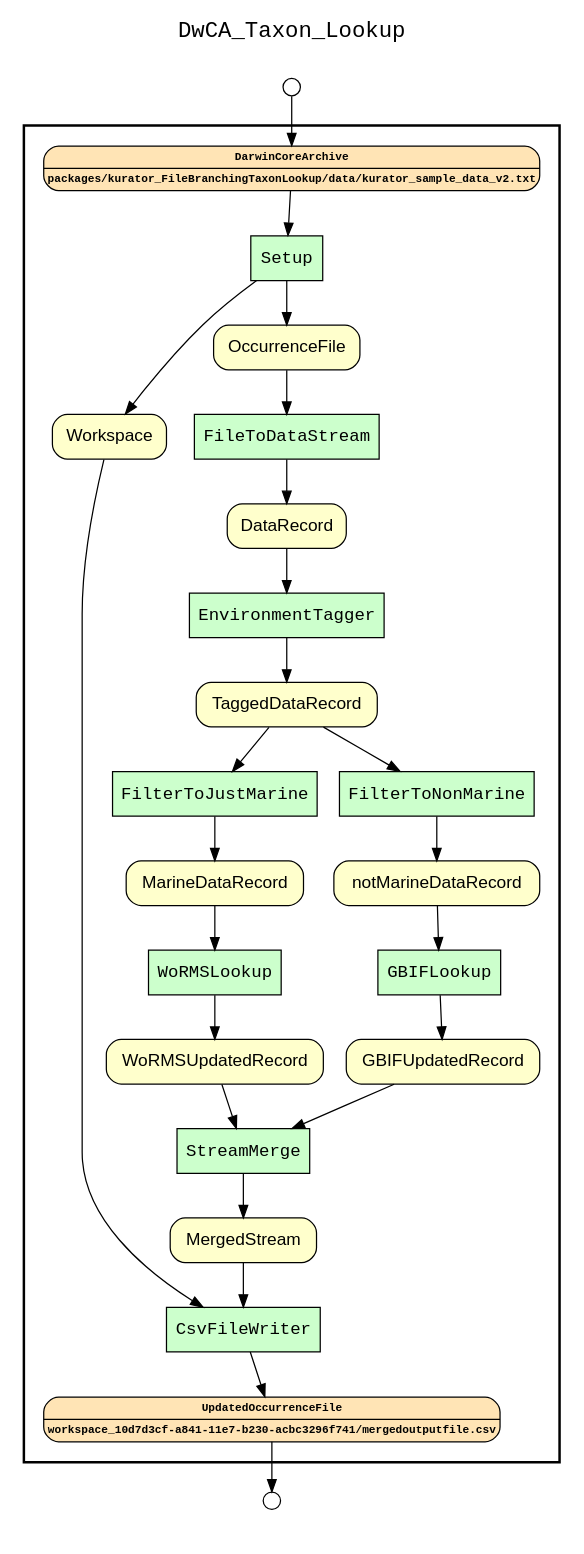
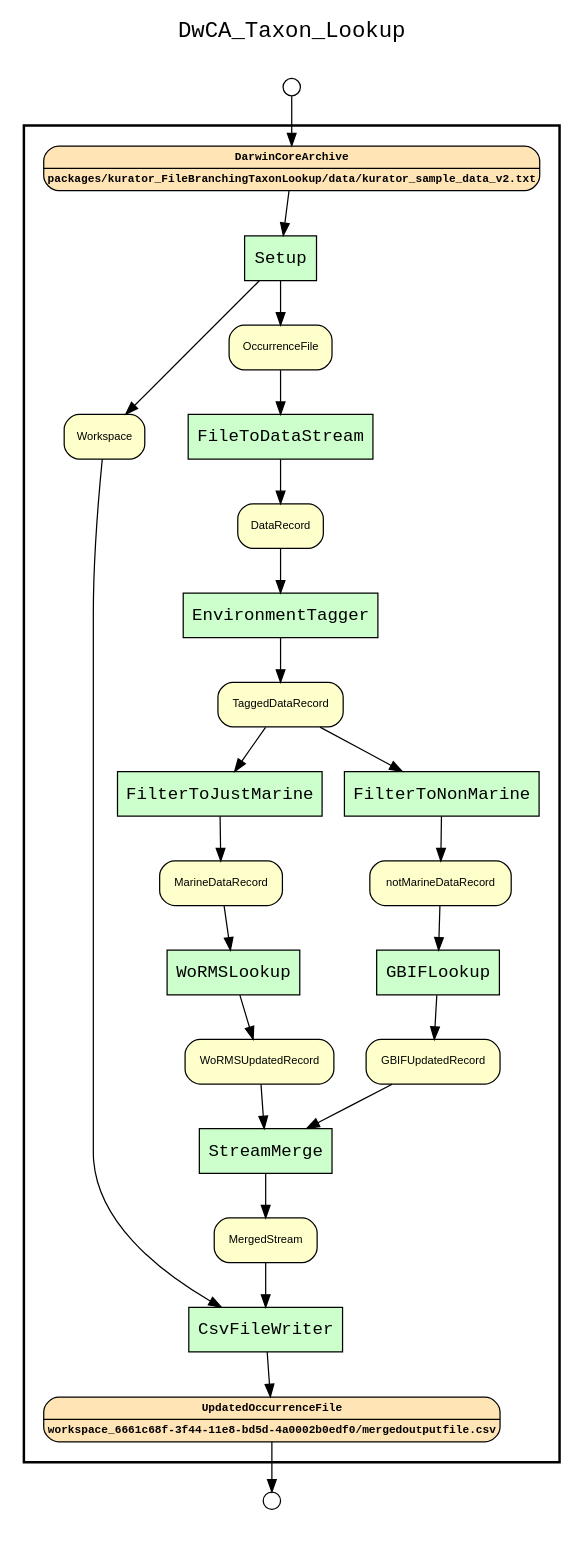
Before and after one commit to kurator-org/kurator-TDWG17-YW: the diagram in kurator_FileBranchingTaxonLookup/workflows/results/wf_recon_upstream_of_UpdatedOccurrenceFile.gv, drawn with Graphviz. The commit also changed 58 other files, not shown here.

```diff
--- a/kurator_FileBranchingTaxonLookup/workflows/results/wf_recon_upstream_of_UpdatedOccurrenceFile.gv
+++ b/kurator_FileBranchingTaxonLookup/workflows/results/wf_recon_upstream_of_UpdatedOccurrenceFile.gv
@@ -1,68 +1,68 @@
 
 digraph yw_data_view {
 rankdir=TB
 fontname=Courier; fontsize=18; labelloc=t
 label="DwCA_Taxon_Lookup"
 subgraph cluster_workflow { label=""; color=black; penwidth=2
 subgraph cluster_workflow_inner { label=""; color=white
 node[shape=box style="filled" fillcolor="#CCFFCC" peripheries=1 fontname=Courier]
 Setup
 FileToDataStream
 EnvironmentTagger
 FilterToJustMarine
 FilterToNonMarine
 WoRMSLookup
 GBIFLookup
 StreamMerge
 CsvFileWriter
 node[shape=box style="filled" fillcolor="#CCFFCC" peripheries=1 fontname=Courier]
+node[shape=box style="rounded,filled" fillcolor="#FFE4B5" peripheries=1 fontname="Courier-Bold" fontsize=9]
+DarwinCoreArchive[shape=record rankdir=LR label="{<f0> DarwinCoreArchive |<f1>packages/kurator_FileBranchingTaxonLookup/data/kurator_sample_data_v2.txt\n}"]
 node[shape=box style="rounded,filled" fillcolor="#FFFFCC" peripheries=1 fontname=Helvetica]
 Workspace
 OccurrenceFile
 DataRecord
 TaggedDataRecord
 MarineDataRecord
 notMarineDataRecord
 WoRMSUpdatedRecord
 GBIFUpdatedRecord
 MergedStream
 node[shape=box style="rounded,filled" fillcolor="#FFE4B5" peripheries=1 fontname="Courier-Bold" fontsize=9]
-DarwinCoreArchive[shape=record rankdir=LR label="{<f0> DarwinCoreArchive |<f1>packages/kurator_FileBranchingTaxonLookup/data/kurator_sample_data_v2.txt\n}"]
-node[shape=box style="rounded,filled" fillcolor="#FFE4B5" peripheries=1 fontname="Courier-Bold" fontsize=9]
-UpdatedOccurrenceFile[shape=record rankdir=LR label="{<f0> UpdatedOccurrenceFile |<f1>workspace_10d7d3cf-a841-11e7-b230-acbc3296f741/mergedoutputfile.csv\n}"]
+UpdatedOccurrenceFile[shape=record rankdir=LR label="{<f0> UpdatedOccurrenceFile |<f1>workspace_6661c68f-3f44-11e8-bd5d-4a0002b0edf0/mergedoutputfile.csv\n}"]
 node[shape=box style="rounded,filled" fillcolor="#FFFFFF" peripheries=1 fontname=Helvetica]
 }}
 subgraph cluster_inflows { label=""; color=white; penwidth=2
 subgraph cluster_inflows_inner { label=""; color=white
 node[shape=circle fillcolor="#FFFFFF" peripheries=1 width=0.2]
 DarwinCoreArchive_inflow [label=""]
 }}
 subgraph cluster_outflows { label=""; color=white; penwidth=2
 subgraph cluster_outflows_inner { label=""; color=white
 node[shape=circle fillcolor="#FFFFFF" peripheries=1 width=0.2]
 UpdatedOccurrenceFile_outflow [label=""]
 }}
-DarwinCoreArchive -> Setup
-MarineDataRecord -> WoRMSLookup
 Workspace -> CsvFileWriter
 notMarineDataRecord -> GBIFLookup
 OccurrenceFile -> FileToDataStream
 WoRMSUpdatedRecord -> StreamMerge
 DataRecord -> EnvironmentTagger
 GBIFUpdatedRecord -> StreamMerge
 MergedStream -> CsvFileWriter
 TaggedDataRecord -> FilterToNonMarine
 TaggedDataRecord -> FilterToJustMarine
+DarwinCoreArchive -> Setup
+MarineDataRecord -> WoRMSLookup
 Setup -> Workspace
 Setup -> OccurrenceFile
 FileToDataStream -> DataRecord
 EnvironmentTagger -> TaggedDataRecord
 FilterToJustMarine -> MarineDataRecord
 FilterToNonMarine -> notMarineDataRecord
 WoRMSLookup -> WoRMSUpdatedRecord
 GBIFLookup -> GBIFUpdatedRecord
 StreamMerge -> MergedStream
 CsvFileWriter -> UpdatedOccurrenceFile
 DarwinCoreArchive_inflow -> DarwinCoreArchive
 UpdatedOccurrenceFile -> UpdatedOccurrenceFile_outflow
 }
```
